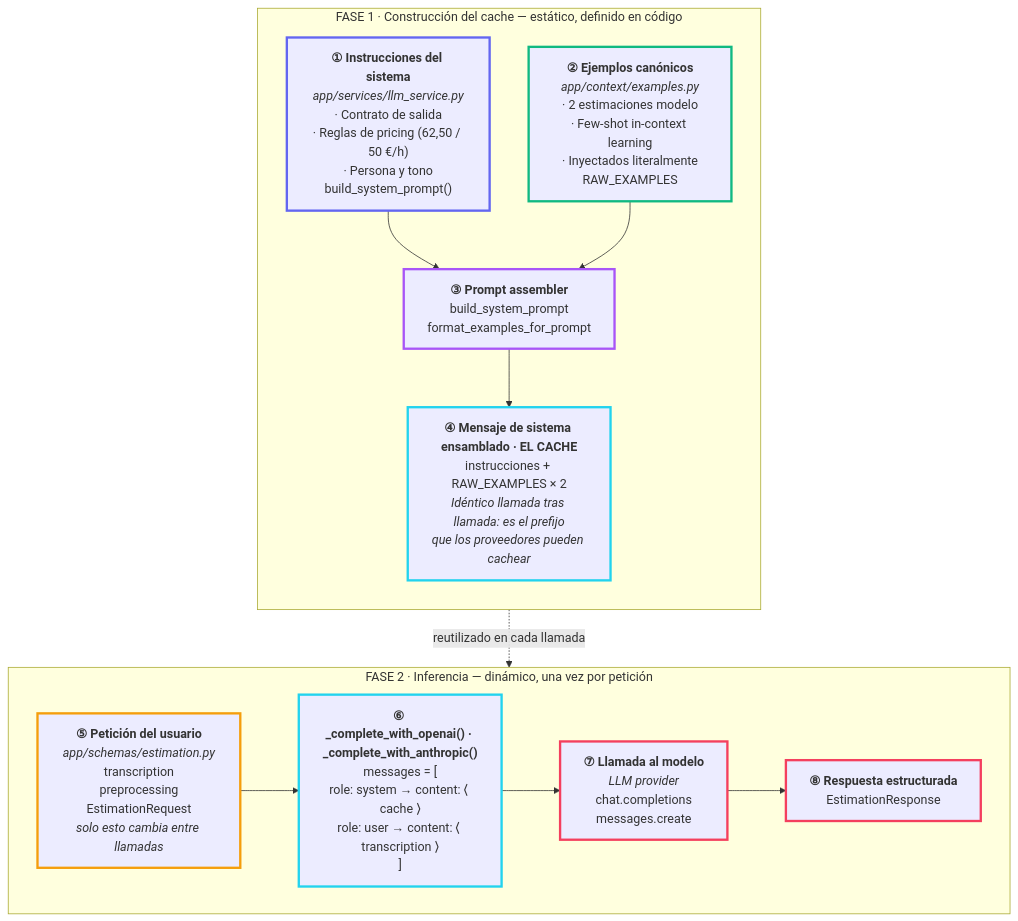
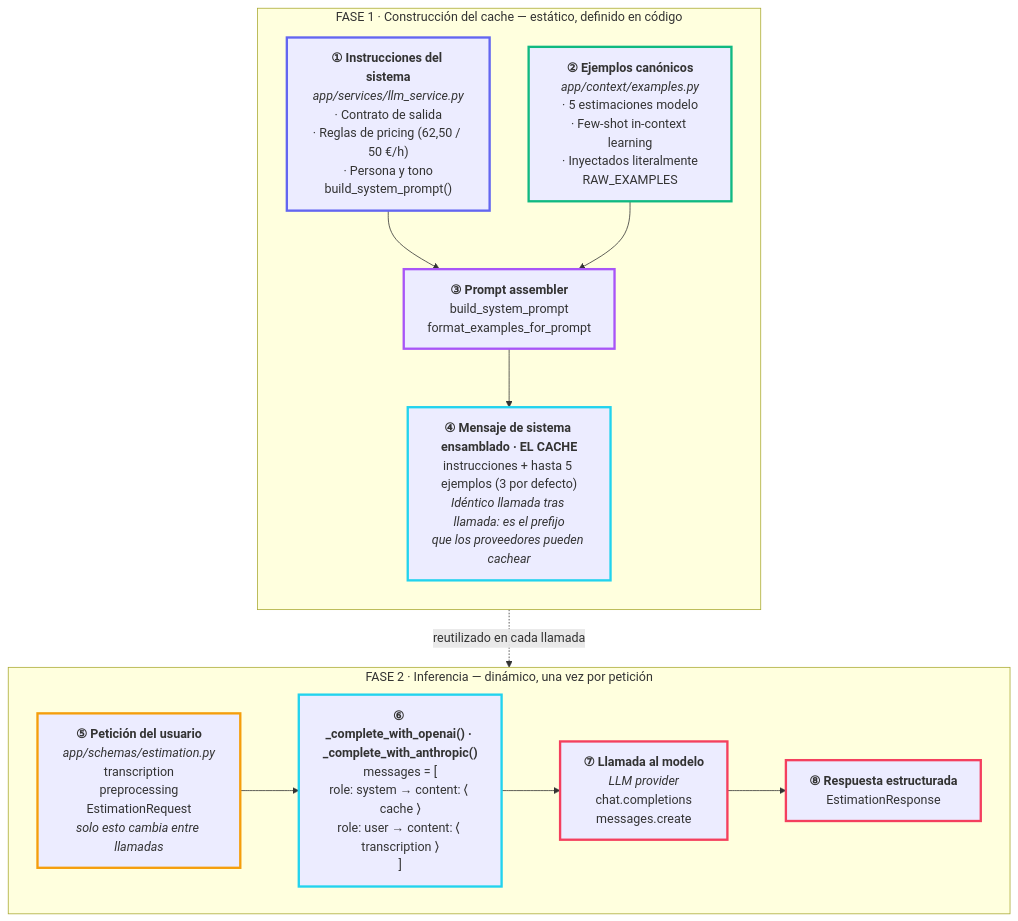
One commit to aelena/lidr-course changed the diagram in estimador-cag/README.md. Above: the diagram before and after it, drawn with Mermaid. The commit also changed other lines of this file and 1 other file, not shown here.

First line of the commit message:
Add three past estimations to the context examples

````diff
--- a/estimador-cag/README.md
+++ b/estimador-cag/README.md
@@ -25,37 +25,37 @@
 ```mermaid
 flowchart TB
     subgraph FASE1["FASE 1 · Construcción del cache — estático, definido en código"]
         direction TB
         I["<b>① Instrucciones del sistema</b><br/><i>app/services/llm_service.py</i><br/>· Contrato de salida<br/>· Reglas de pricing (62,50 / 50 €/h)<br/>· Persona y tono<br/>build_system_prompt()"]
-        E["<b>② Ejemplos canónicos</b><br/><i>app/context/examples.py</i><br/>· 2 estimaciones modelo<br/>· Few-shot in-context learning<br/>· Inyectados literalmente<br/>RAW_EXAMPLES"]
+        E["<b>② Ejemplos canónicos</b><br/><i>app/context/examples.py</i><br/>· 5 estimaciones modelo<br/>· Few-shot in-context learning<br/>· Inyectados literalmente<br/>RAW_EXAMPLES"]
         A["<b>③ Prompt assembler</b><br/>build_system_prompt<br/>format_examples_for_prompt"]
-        C["<b>④ Mensaje de sistema ensamblado · EL CACHE</b><br/>instrucciones + RAW_EXAMPLES × 2<br/><i>Idéntico llamada tras llamada: es el prefijo<br/>que los proveedores pueden cachear</i>"]
+        C["<b>④ Mensaje de sistema ensamblado · EL CACHE</b><br/>instrucciones + hasta 5 ejemplos (3 por defecto)<br/><i>Idéntico llamada tras llamada: es el prefijo<br/>que los proveedores pueden cachear</i>"]
         I --> A
         E --> A
         A --> C
     end
     subgraph FASE2["FASE 2 · Inferencia — dinámico, una vez por petición"]
         direction LR
         U["<b>⑤ Petición del usuario</b><br/><i>app/schemas/estimation.py</i><br/>transcription<br/>preprocessing<br/>EstimationRequest<br/><i>solo esto cambia entre llamadas</i>"]
         M["<b>⑥ _complete_with_openai() · _complete_with_anthropic()</b><br/>messages = [<br/>role: system → content: ⟨ cache ⟩<br/>role: user → content: ⟨ transcription ⟩<br/>]"]
         L["<b>⑦ Llamada al modelo</b><br/><i>LLM provider</i><br/>chat.completions<br/>messages.create"]
         R["<b>⑧ Respuesta estructurada</b><br/>EstimationResponse"]
         U --> M
         M --> L
         L --> R
     end
     C -. "reutilizado en cada llamada" .-> M
 
     classDef instrucciones stroke:#6366f1,stroke-width:3px
     classDef ejemplos stroke:#10b981,stroke-width:3px
     classDef assembler stroke:#a855f7,stroke-width:3px
     classDef cache stroke:#22d3ee,stroke-width:3px
     classDef peticion stroke:#f59e0b,stroke-width:3px
     classDef respuesta stroke:#f43f5e,stroke-width:3px
     class I instrucciones
     class E ejemplos
     class A assembler
     class C,M cache
     class U peticion
     class L,R respuesta
 ```
````
